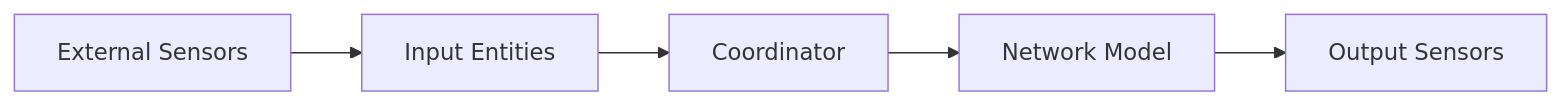
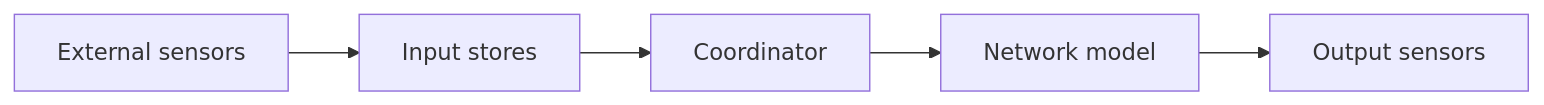
Before and after one commit to hass-energy/haeo: the second of 2 diagrams in docs/developer-guide/architecture.md, drawn with Mermaid. The commit also changed other lines of this file and 52 other files, not shown here.

````diff
--- a/docs/developer-guide/architecture.md
+++ b/docs/developer-guide/architecture.md
@@ -45,7 +55,7 @@
 ```mermaid
 graph LR
-    Sensors[External Sensors] --> IE[Input Entities]
-    IE --> Coord[Coordinator]
-    Coord --> Model[Network Model]
-    Model --> Sensors2[Output Sensors]
+    Sensors[External sensors] --> Stores[Input stores]
+    Stores --> Coord[Coordinator]
+    Coord --> Model[Network model]
+    Model --> Out[Output sensors]
 ```
````
